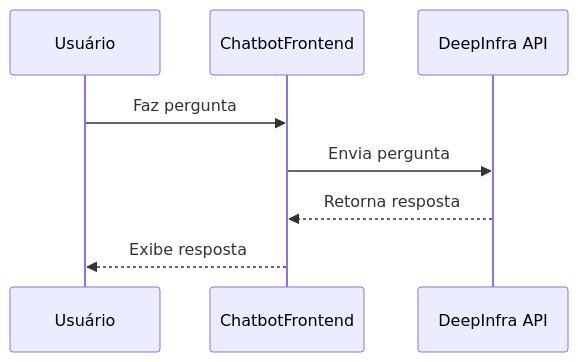
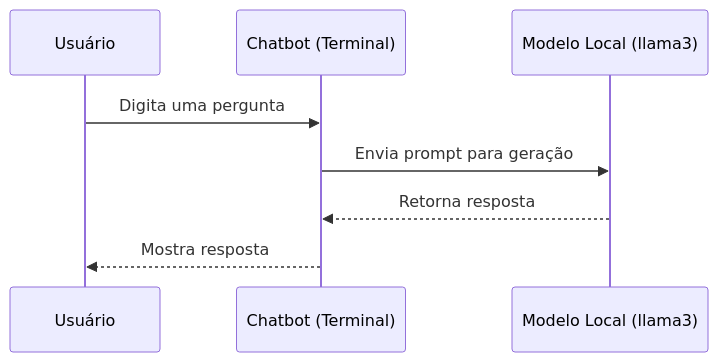
The diagram in README.md (4kumon/llm-chatbot-with-deepinfra), drawn with Mermaid before and after one commit.

````diff
--- a/README.md
+++ b/README.md
@@ -32,10 +32,11 @@
 ```mermaid
 sequenceDiagram
     participant U as Usuário
-    participant F as ChatbotFrontend
-    participant API as DeepInfra API
-    U->>F: Faz pergunta
-    F->>API: Envia pergunta
-    API-->>F: Retorna resposta
-    F-->>U: Exibe resposta
+    participant CLI as Chatbot (Terminal)
+    participant Ollama as Modelo Local (llama3)
+
+    U->>CLI: Digita uma pergunta
+    CLI->>Ollama: Envia prompt para geração
+    Ollama-->>CLI: Retorna resposta
+    CLI-->>U: Mostra resposta
 ```
````
